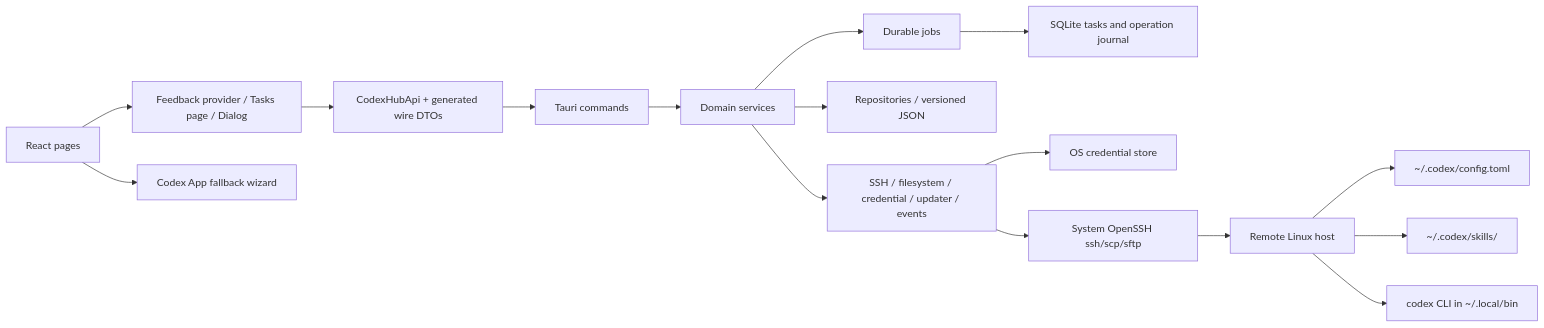
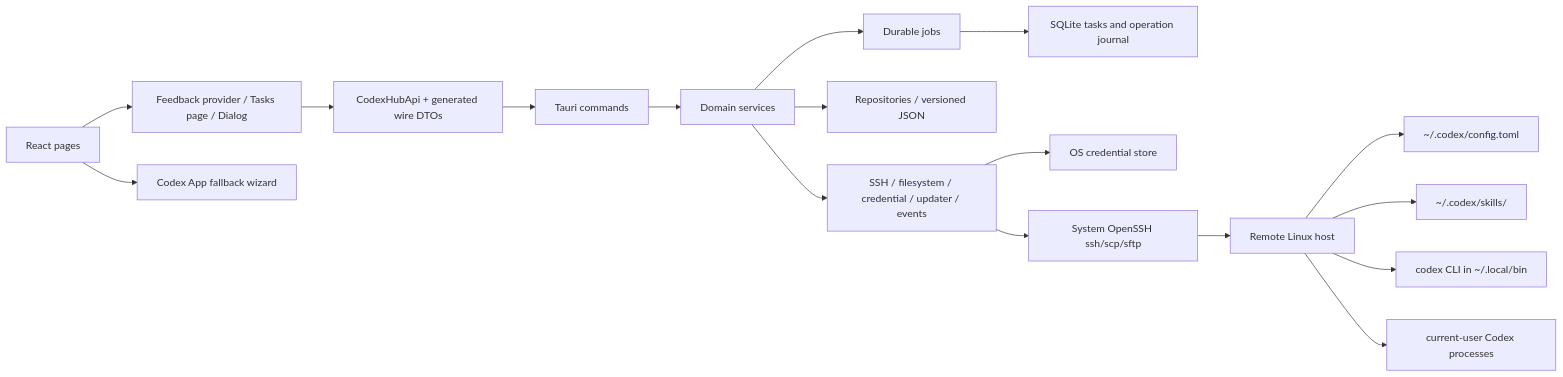
The diagram in docs/architecture.md (Jurio0304/CodexHub), drawn with Mermaid before and after one commit. The commit also changed other lines of this file and 32 other files, not shown here.

First line of the commit message:
feat: reload remote Codex and reconcile runtimes

````diff
--- a/docs/architecture.md
+++ b/docs/architecture.md
@@ -19,18 +19,19 @@
 ```mermaid
 flowchart LR
   UI["React pages"] --> Feedback["Feedback provider / Tasks page / Dialog"]
   Feedback --> Tauri["CodexHubApi + generated wire DTOs"]
   Tauri --> Commands["Tauri commands"]
   Commands --> Services["Domain services"]
   Services --> Jobs["Durable jobs"]
   Services --> Storage["Repositories / versioned JSON"]
   Jobs --> SQLite["SQLite tasks and operation journal"]
   Services --> Adapters["SSH / filesystem / credential / updater / events"]
   Adapters --> Creds["OS credential store"]
   Adapters --> OpenSSH["System OpenSSH ssh/scp/sftp"]
   OpenSSH --> Remote["Remote Linux host"]
   Remote --> Config["~/.codex/config.toml"]
   Remote --> Skills["~/.codex/skills/"]
   Remote --> CodexCli["codex CLI in ~/.local/bin"]
+  Remote --> CodexProcesses["current-user Codex processes"]
   UI --> Fallback["Codex App fallback wizard"]
 ```
````
